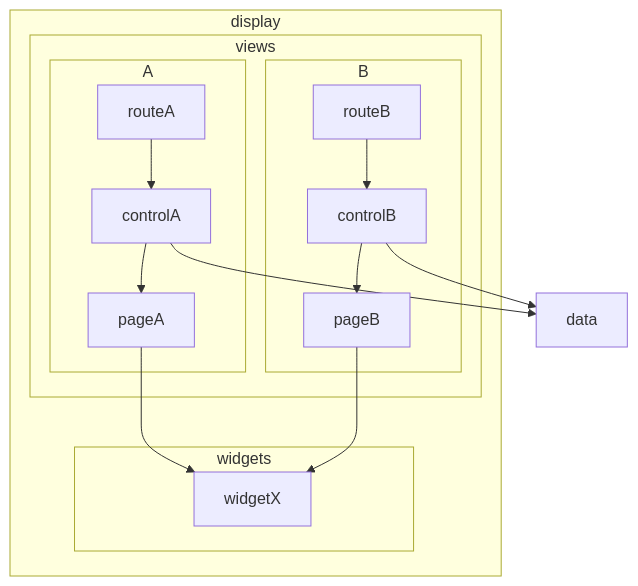
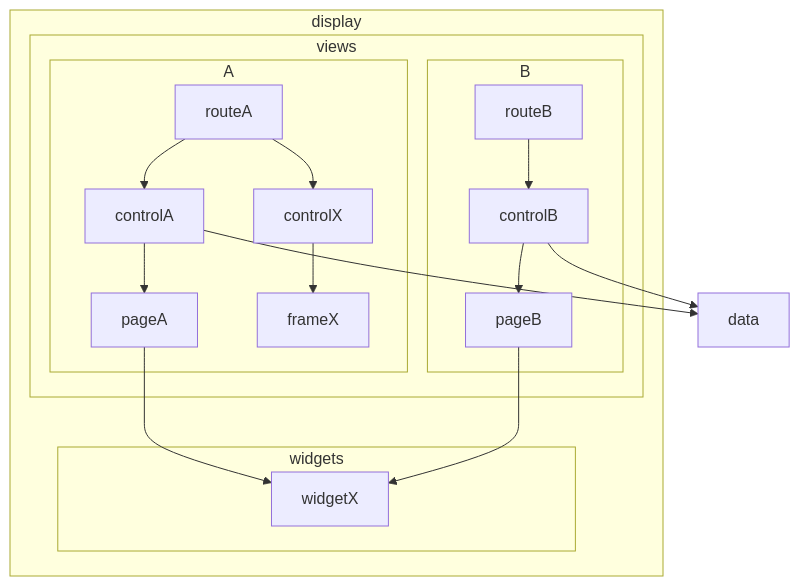
The second of 2 diagrams in README.md (joaomelo/calystone), drawn with Mermaid before and after one commit. The commit also changed other lines of this file and 13 other files, not shown here.

````diff
--- a/README.md
+++ b/README.md
@@ -7,22 +41,24 @@
 ```mermaid
 graph TD;
   subgraph display
     subgraph views
       subgraph A
         routeA-->controlA;
+        routeA-->controlX;
         controlA-->pageA;
+        controlX-->frameX;
       end
       subgraph B
         routeB-->controlB;
         controlB-->pageB;
       end      
     end
     subgraph widgets
       widgetX;
     end
   end
   controlA-->data;
   controlB-->data;
   pageA-->widgetX;
   pageB-->widgetX;
 ```
````
